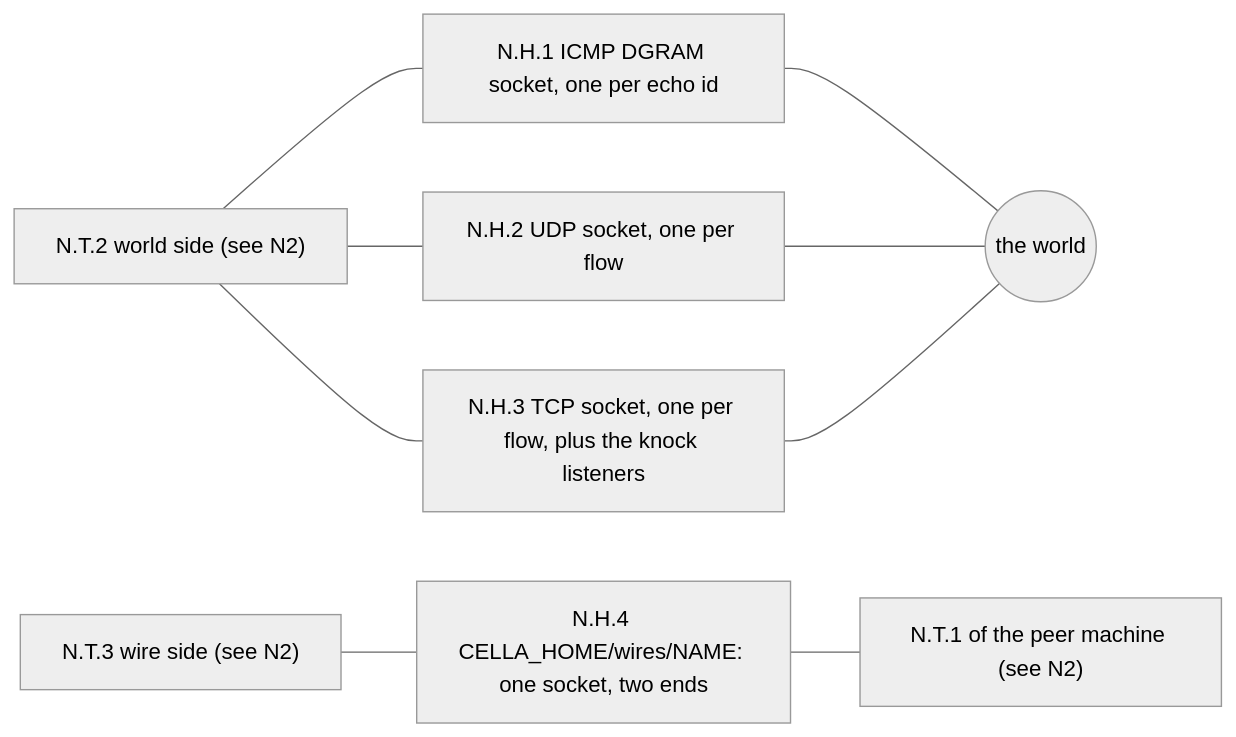
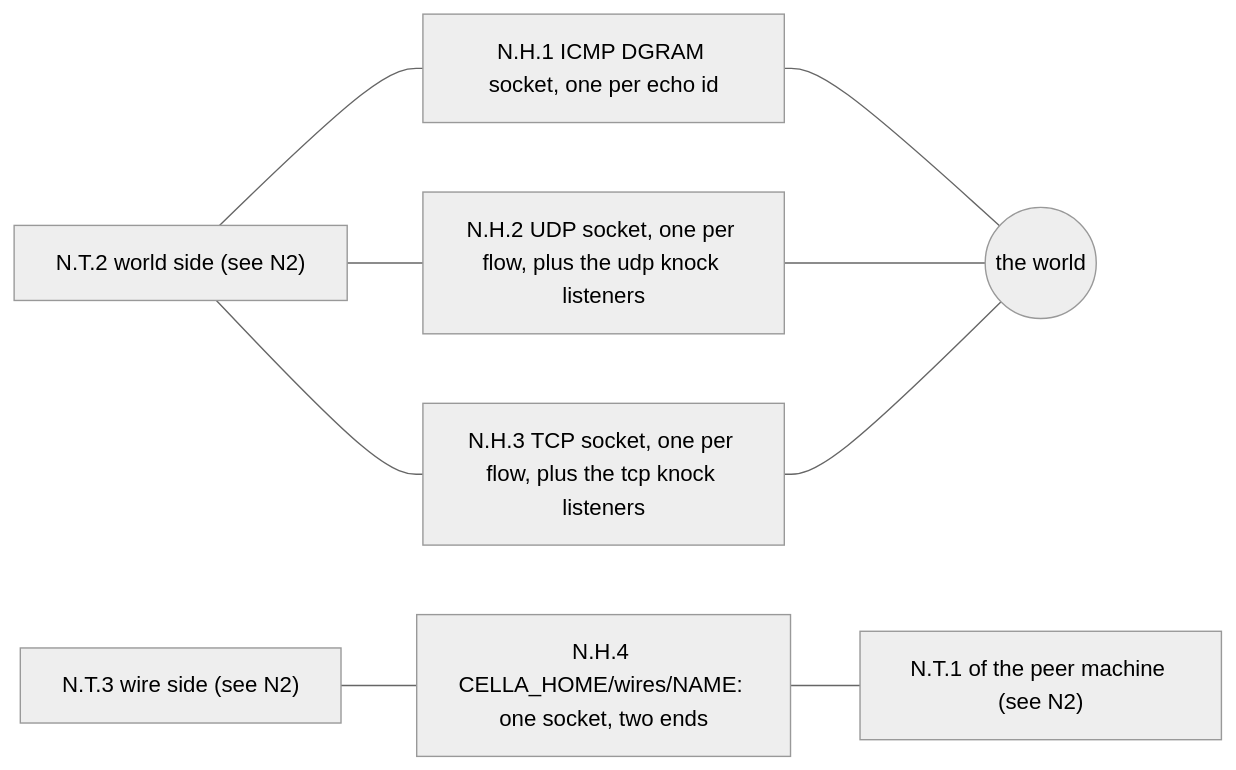
Before and after one commit to omne-earth/cella: the second of 8 diagrams in docs/NETWORK-MODEL.md, drawn with Mermaid (neutral theme). The commit also changed other lines of this file and 3 other files, not shown here.

Commit message:
Correct six diagram claims found by the mermaid audit

````diff
--- a/docs/NETWORK-MODEL.md
+++ b/docs/NETWORK-MODEL.md
@@ -76,19 +76,19 @@
 ```mermaid
 graph LR
     T2p["N.T.2 world side (see N2)"]
     T3p["N.T.3 wire side (see N2)"]
     H1["N.H.1 ICMP DGRAM socket, one per echo id"]
-    H2["N.H.2 UDP socket, one per flow"]
-    H3["N.H.3 TCP socket, one per flow, plus the knock listeners"]
+    H2["N.H.2 UDP socket, one per flow, plus the udp knock listeners"]
+    H3["N.H.3 TCP socket, one per flow, plus the tcp knock listeners"]
     H4["N.H.4 CELLA_HOME/wires/NAME: one socket, two ends"]
     W(("the world"))
     PEER["N.T.1 of the peer machine (see N2)"]
     T2p --- H1
     T2p --- H2
     T2p --- H3
     H1 --- W
     H2 --- W
     H3 --- W
     T3p --- H4
     H4 --- PEER
 ```
````
